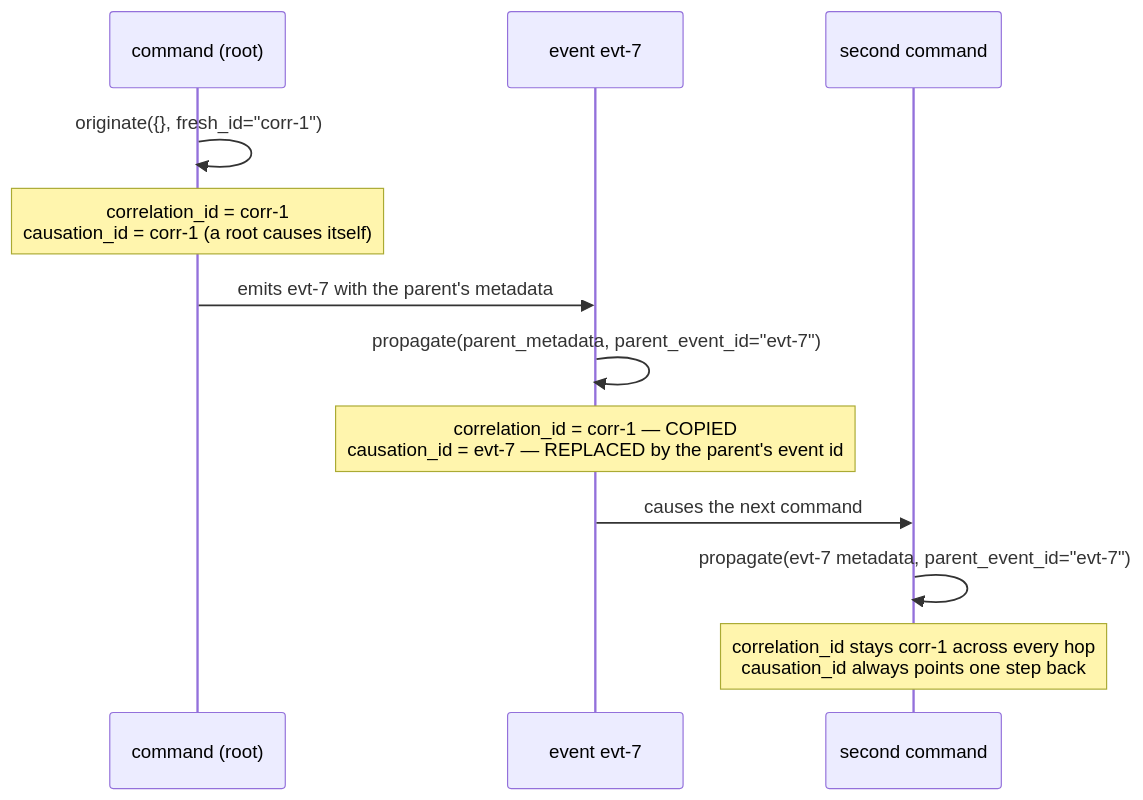
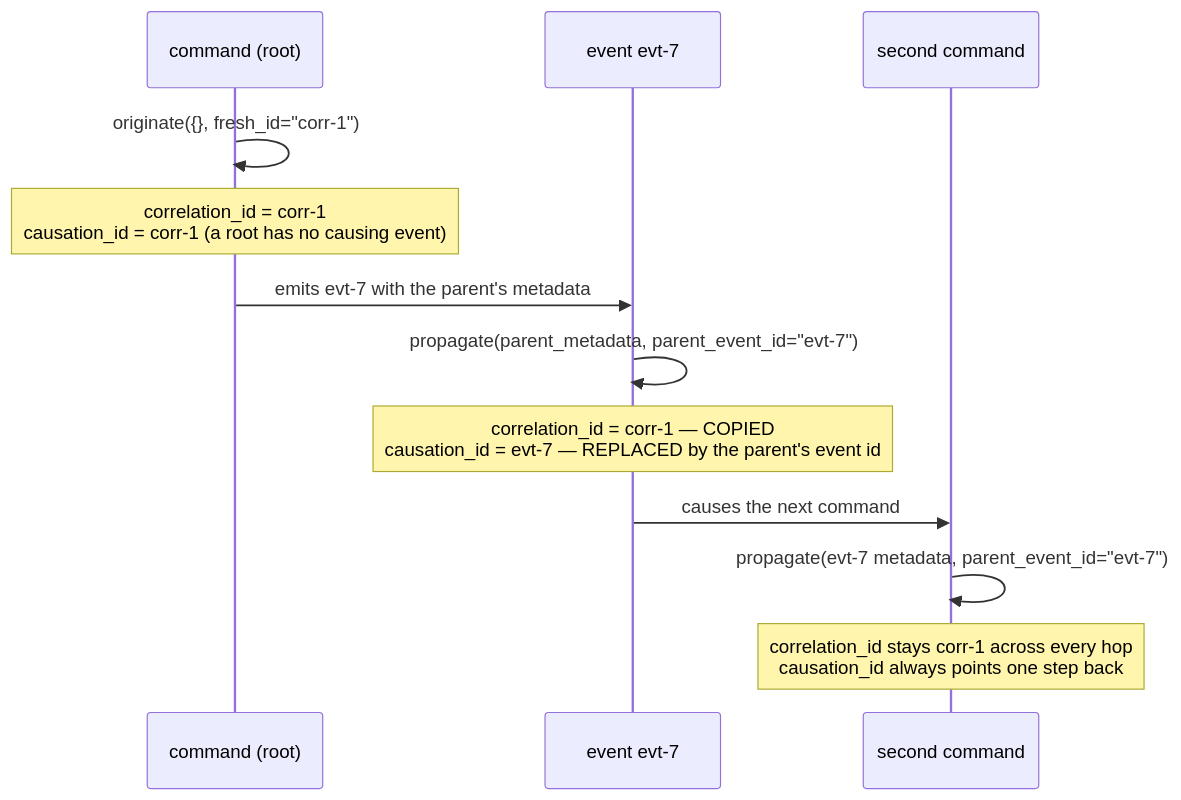
One commit to haskian/edax changed the fourth of 4 diagrams in docs/kernels/event.md. Above: the diagram before and after it, drawn with Mermaid. The commit also changed other lines of this file and 5 other files, not shown here.

````diff
--- a/docs/kernels/event.md
+++ b/docs/kernels/event.md
@@ -278,14 +278,14 @@
 ```mermaid
 sequenceDiagram
   participant C1 as command (root)
   participant E as event evt-7
   participant C2 as second command
   C1->>C1: originate({}, fresh_id="corr-1")
-  Note over C1: correlation_id = corr-1<br/>causation_id = corr-1 (a root causes itself)
+  Note over C1: correlation_id = corr-1<br/>causation_id = corr-1 (a root has no causing event)
   C1->>E: emits evt-7 with the parent's metadata
   E->>E: propagate(parent_metadata, parent_event_id="evt-7")
   Note over E: correlation_id = corr-1 — COPIED<br/>causation_id = evt-7 — REPLACED by the parent's event id
   E->>C2: causes the next command
   C2->>C2: propagate(evt-7 metadata, parent_event_id="evt-7")
   Note over C2: correlation_id stays corr-1 across every hop<br/>causation_id always points one step back
 ```
````
